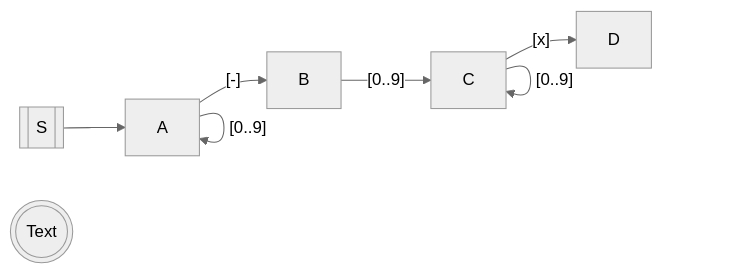
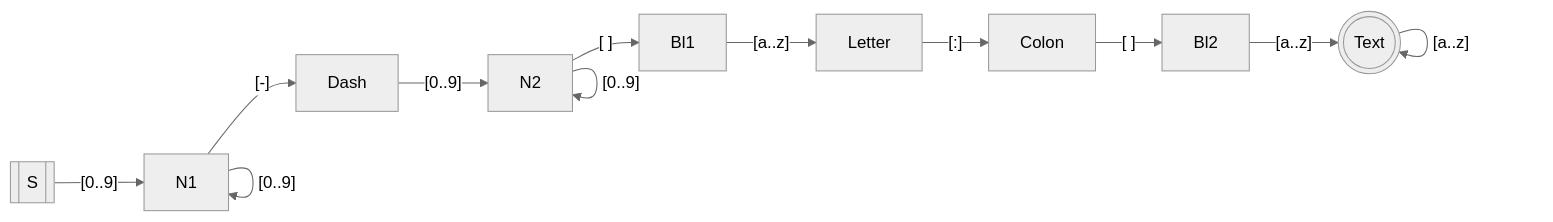
The diagram in rust/adventofcode-2020/day02/README.md (jepoen/screencasts), drawn with Mermaid (neutral theme) before and after one commit. The commit also changed other lines of this file, not shown here.

Commit message:
mermaid local is ok

```diff
--- a/rust/adventofcode-2020/day02/README.md
+++ b/rust/adventofcode-2020/day02/README.md
@@ -45,12 +27,17 @@
 ~~~mermaid
-flowchart LR;
-S[[S]];
-Text(((Text)));
+flowchart LR
+S[[S]]
+Text(((Text)))
 
-S --> A;
-A -->|"[0..9]"| A;
-A -->|"[-]"| B;
-B -->|"[0..9]"| C;
-C -->|"[0..9]"| C;
-C -->|"[x]"| D;
+S -->|"[0..9]"| N1
+N1 -->|"[0..9]"| N1
+N1 -->|"[-]"| Dash
+Dash -->|"[0..9]"| N2
+N2 -->|"[0..9]"| N2
+N2 -->|"[ ]"| Bl1
+Bl1 -->|"[a..z]"| Letter
+Letter -->|"[:]"| Colon
+Colon -->|"[ ]"| Bl2
+Bl2 -->|"[a..z]"| Text
+Text -->|"[a..z]"| Text
 ~~~
```
